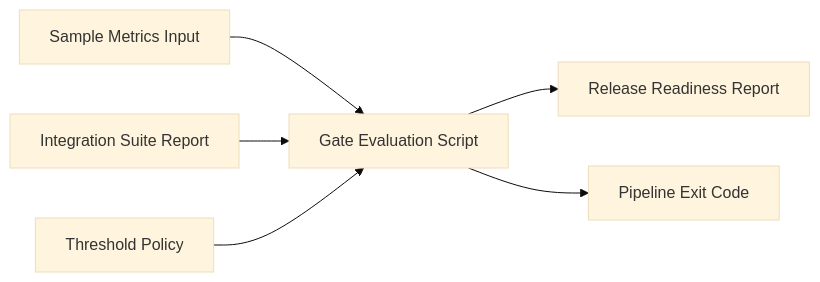
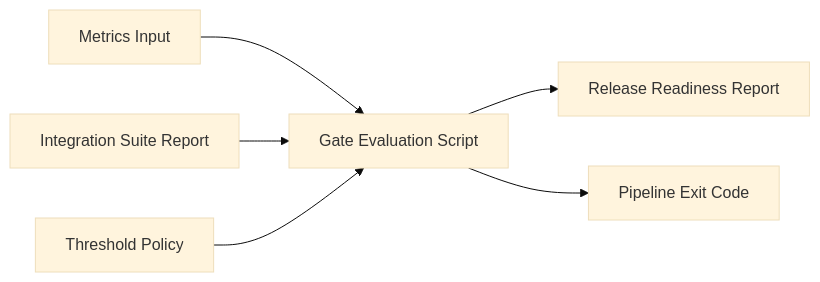
Before and after one commit to acbharath14/cicd-quality-gates-reference-implementation: the diagram in README.md, drawn with Mermaid (base theme). The commit also changed other lines of this file and 1 other file, not shown here.

````diff
--- a/README.md
+++ b/README.md
@@ -20,8 +9,8 @@
 ```mermaid
 flowchart LR
-	Metrics[Sample Metrics Input] --> Evaluator[Gate Evaluation Script]
+	Metrics[Metrics Input] --> Evaluator[Gate Evaluation Script]
 	Integration[Integration Suite Report] --> Evaluator
 	Policy[Threshold Policy] --> Evaluator
 	Evaluator --> Report[Release Readiness Report]
 	Evaluator --> Exit[Pipeline Exit Code]
 ```
````
